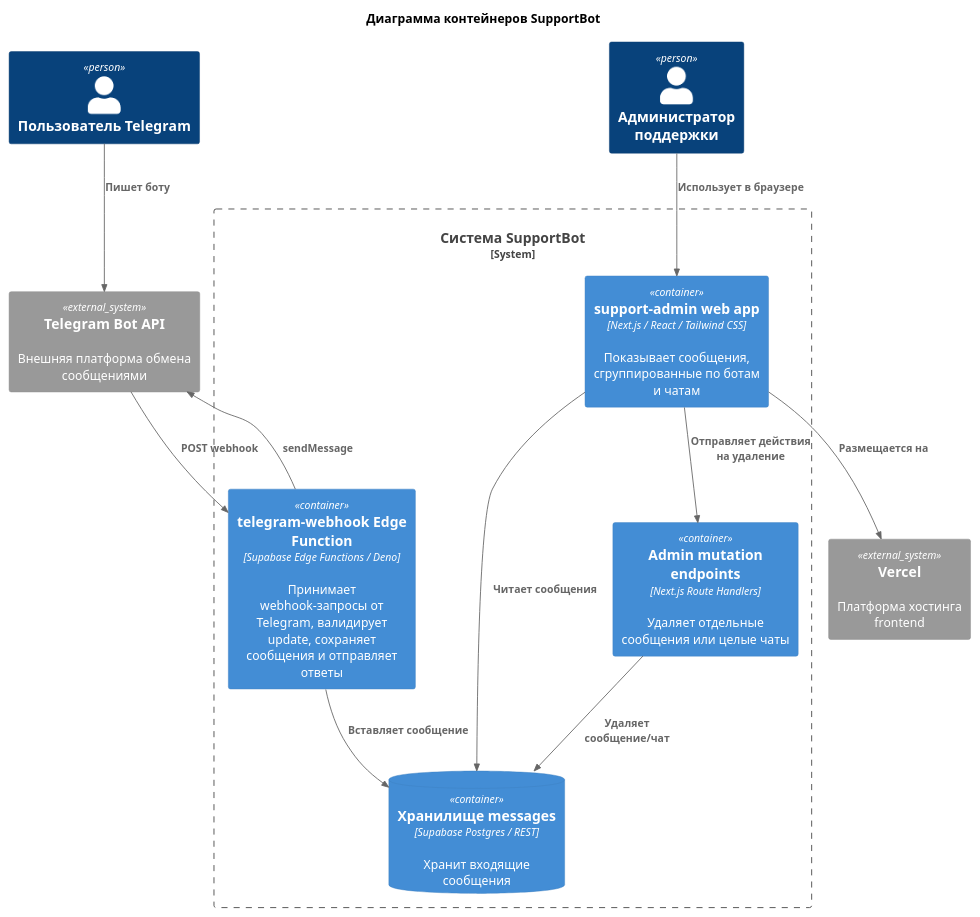
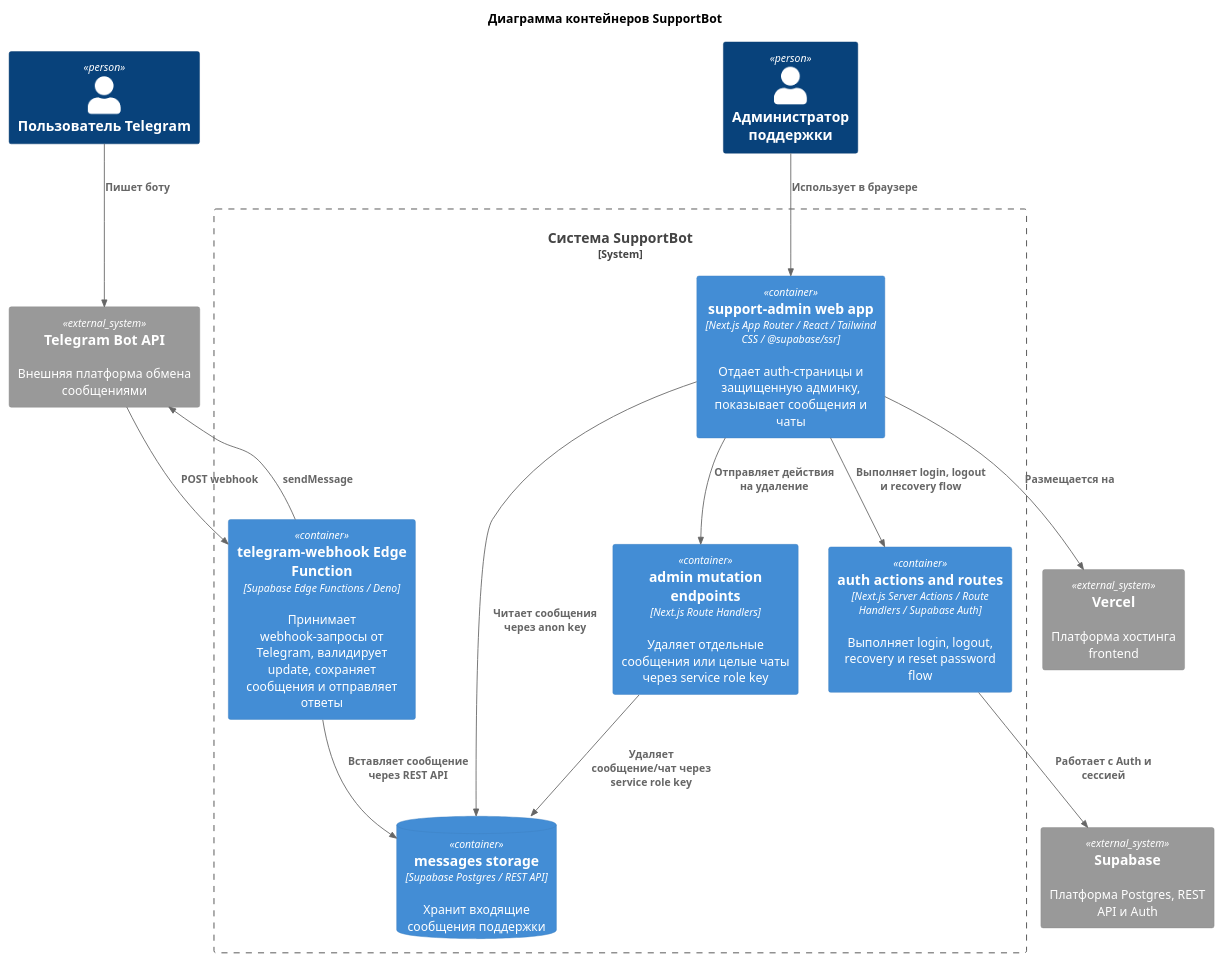
The diagram in docs/c4/container.puml (AbdulkaevGadel/vibeCodeFS), drawn with PlantUML before and after one commit. The commit also changed 5 other files, not shown here.

Commit message:
docs(c4): update architecture diagrams and admin panel components to match current implementation

```diff
--- a/docs/c4/container.puml
+++ b/docs/c4/container.puml
@@ -1,28 +1,32 @@
 @startuml
 !include https://raw.githubusercontent.com/plantuml-stdlib/C4-PlantUML/master/C4_Container.puml
 
 title Диаграмма контейнеров SupportBot
 
 Person(telegramUser, "Пользователь Telegram")
 Person(admin, "Администратор поддержки")
 System_Ext(telegramApi, "Telegram Bot API", "Внешняя платформа обмена сообщениями")
+System_Ext(supabase, "Supabase", "Платформа Postgres, REST API и Auth")
 System_Ext(vercel, "Vercel", "Платформа хостинга frontend")
 
 System_Boundary(system, "Система SupportBot") {
   Container(edgeFn, "telegram-webhook Edge Function", "Supabase Edge Functions / Deno", "Принимает webhook-запросы от Telegram, валидирует update, сохраняет сообщения и отправляет ответы")
-  ContainerDb(db, "Хранилище messages", "Supabase Postgres / REST", "Хранит входящие сообщения")
-  Container(webApp, "support-admin web app", "Next.js / React / Tailwind CSS", "Показывает сообщения, сгруппированные по ботам и чатам")
-  Container(routeHandlers, "Admin mutation endpoints", "Next.js Route Handlers", "Удаляет отдельные сообщения или целые чаты")
+  ContainerDb(db, "messages storage", "Supabase Postgres / REST API", "Хранит входящие сообщения поддержки")
+  Container(webApp, "support-admin web app", "Next.js App Router / React / Tailwind CSS / @supabase/ssr", "Отдает auth-страницы и защищенную админку, показывает сообщения и чаты")
+  Container(routeHandlers, "admin mutation endpoints", "Next.js Route Handlers", "Удаляет отдельные сообщения или целые чаты через service role key")
+  Container(authFlow, "auth actions and routes", "Next.js Server Actions / Route Handlers / Supabase Auth", "Выполняет login, logout, recovery и reset password flow")
 }
 
 Rel(telegramUser, telegramApi, "Пишет боту")
 Rel(telegramApi, edgeFn, "POST webhook")
 Rel(edgeFn, telegramApi, "sendMessage")
-Rel(edgeFn, db, "Вставляет сообщение")
+Rel(edgeFn, db, "Вставляет сообщение через REST API")
 Rel(admin, webApp, "Использует в браузере")
-Rel(webApp, db, "Читает сообщения")
+Rel(webApp, authFlow, "Выполняет login, logout и recovery flow")
+Rel(authFlow, supabase, "Работает с Auth и сессией")
+Rel(webApp, db, "Читает сообщения через anon key")
 Rel(webApp, routeHandlers, "Отправляет действия на удаление")
-Rel(routeHandlers, db, "Удаляет сообщение/чат")
+Rel(routeHandlers, db, "Удаляет сообщение/чат через service role key")
 Rel(webApp, vercel, "Размещается на")
 
 @enduml
```
